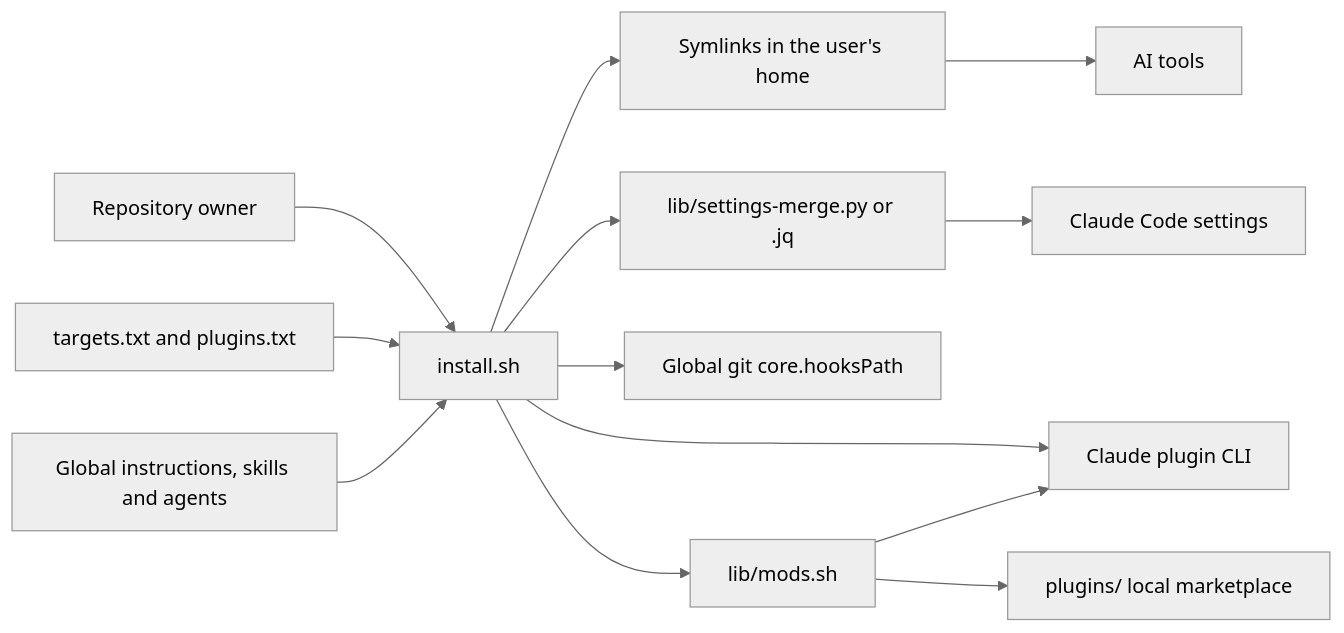
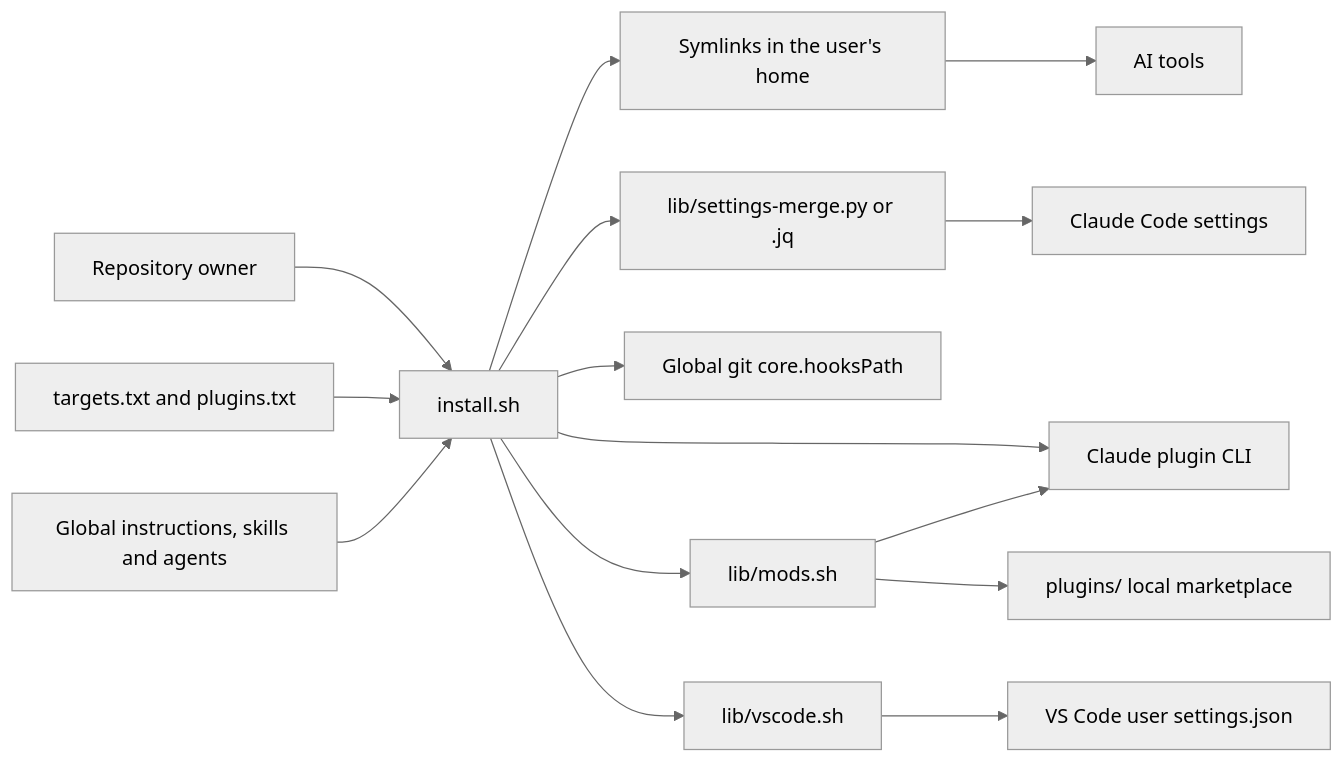
One commit to nbfrodri/agent-tack changed the first of 2 diagrams in docs/architecture.md. Above: the diagram before and after it, drawn with Mermaid (neutral theme). The commit also changed other lines of this file and 6 other files, not shown here.

````diff
--- a/docs/architecture.md
+++ b/docs/architecture.md
@@ -9,15 +9,17 @@
 ```mermaid
 flowchart LR
   owner[Repository owner] --> installer[install.sh]
   data[targets.txt and plugins.txt] --> installer
   config[Global instructions, skills and agents] --> installer
   installer --> links[Symlinks in the user's home]
   links --> tools[AI tools]
   installer --> merge[lib/settings-merge.py or .jq]
   merge --> settings[Claude Code settings]
   installer --> gitconfig[Global git core.hooksPath]
   installer --> plugins[Claude plugin CLI]
   installer --> mods[lib/mods.sh]
   mods --> plugins
   mods --> modsrc[plugins/ local marketplace]
+  installer --> vscode[lib/vscode.sh]
+  vscode --> vscodesettings[VS Code user settings.json]
 ```
````
